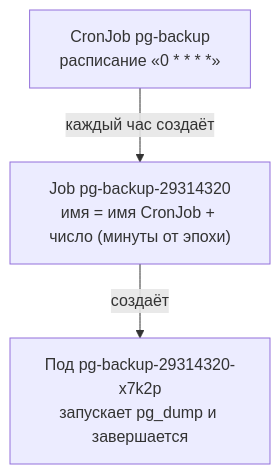
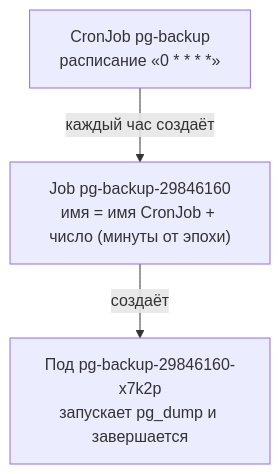
Before and after one commit to distinguished-sre/learning: the first of 3 diagrams in devops/05-kubernetes/08-jobs-cronjob-daemonset.md, drawn with Mermaid. The commit also changed other lines of this file and 462 other files, not shown here.

````diff
--- a/devops/05-kubernetes/08-jobs-cronjob-daemonset.md
+++ b/devops/05-kubernetes/08-jobs-cronjob-daemonset.md
@@ -257,5 +219,5 @@
 ```mermaid
 flowchart TD
-    C["CronJob pg-backup<br>расписание «0 * * * *»"] -->|"каждый час создаёт"| J["Job pg-backup-29314320<br>имя = имя CronJob + число (минуты от эпохи)"]
-    J -->|"создаёт"| P["Под pg-backup-29314320-x7k2p<br>запускает pg_dump и завершается"]
+    C["CronJob pg-backup<br>расписание «0 * * * *»"] -->|"каждый час создаёт"| J["Job pg-backup-29846160<br>имя = имя CronJob + число (минуты от эпохи)"]
+    J -->|"создаёт"| P["Под pg-backup-29846160-x7k2p<br>запускает pg_dump и завершается"]
 ```
````
